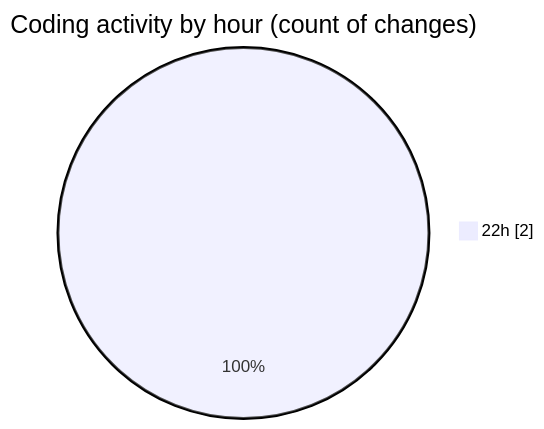
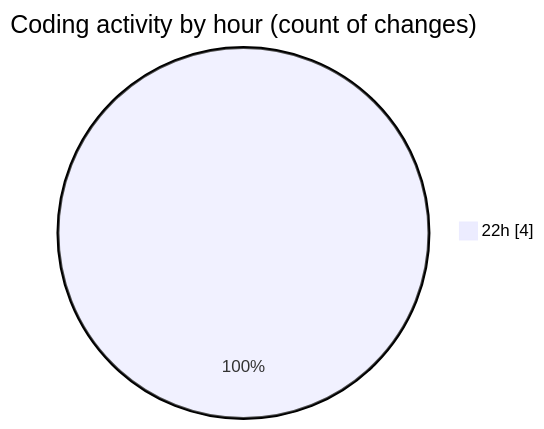
Before and after one commit to charlie-sans/code-tracking: the second of 2 diagrams in 2025-02-08/koderunner/README.md, drawn with Mermaid. The commit also changed other lines of this file and 1 other file, not shown here.

````diff
--- a/2025-02-08/koderunner/README.md
+++ b/2025-02-08/koderunner/README.md
@@ -28,5 +30,5 @@
 ```mermaid
 pie showData
 title Coding activity by hour (count of changes)
-"22h" : 2
+"22h" : 4
 ```
````
